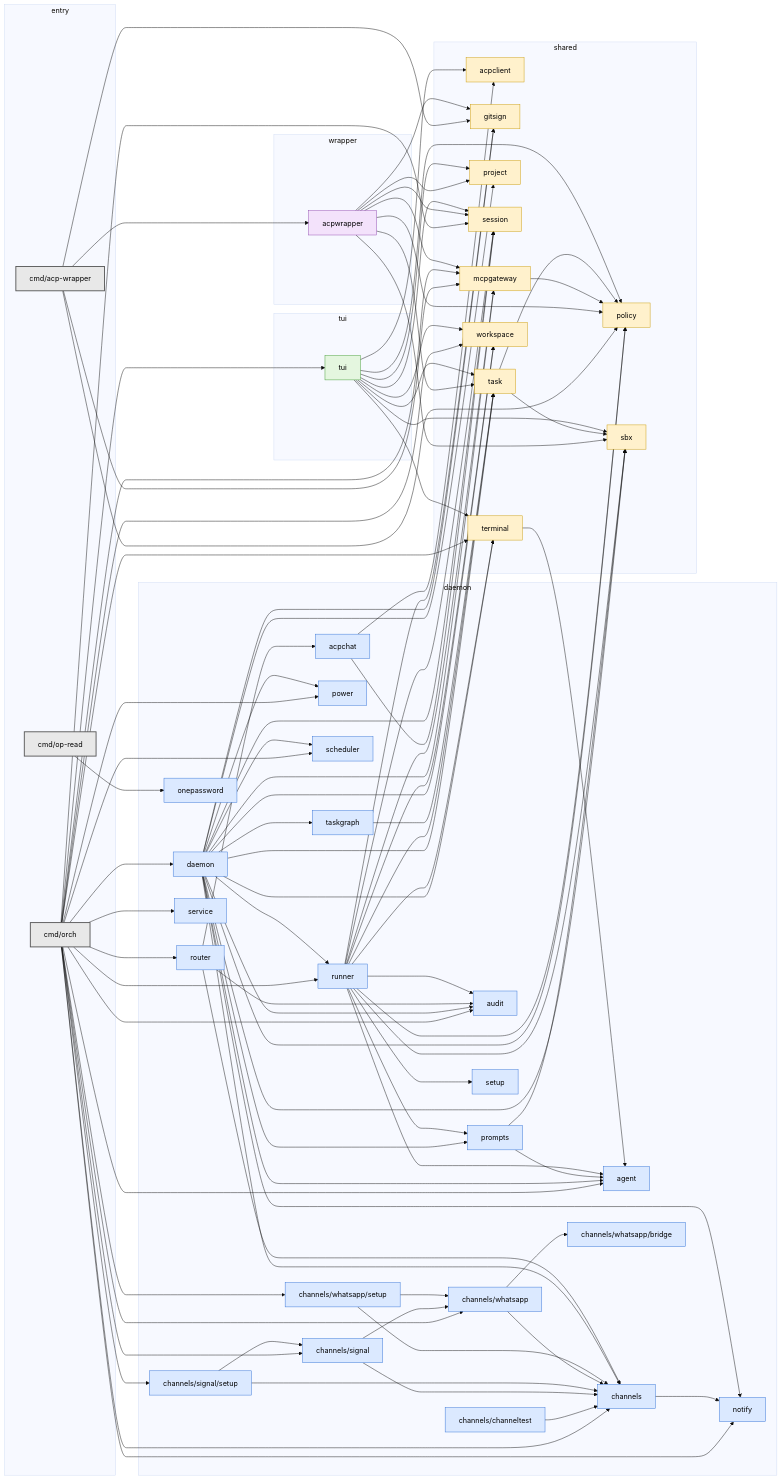
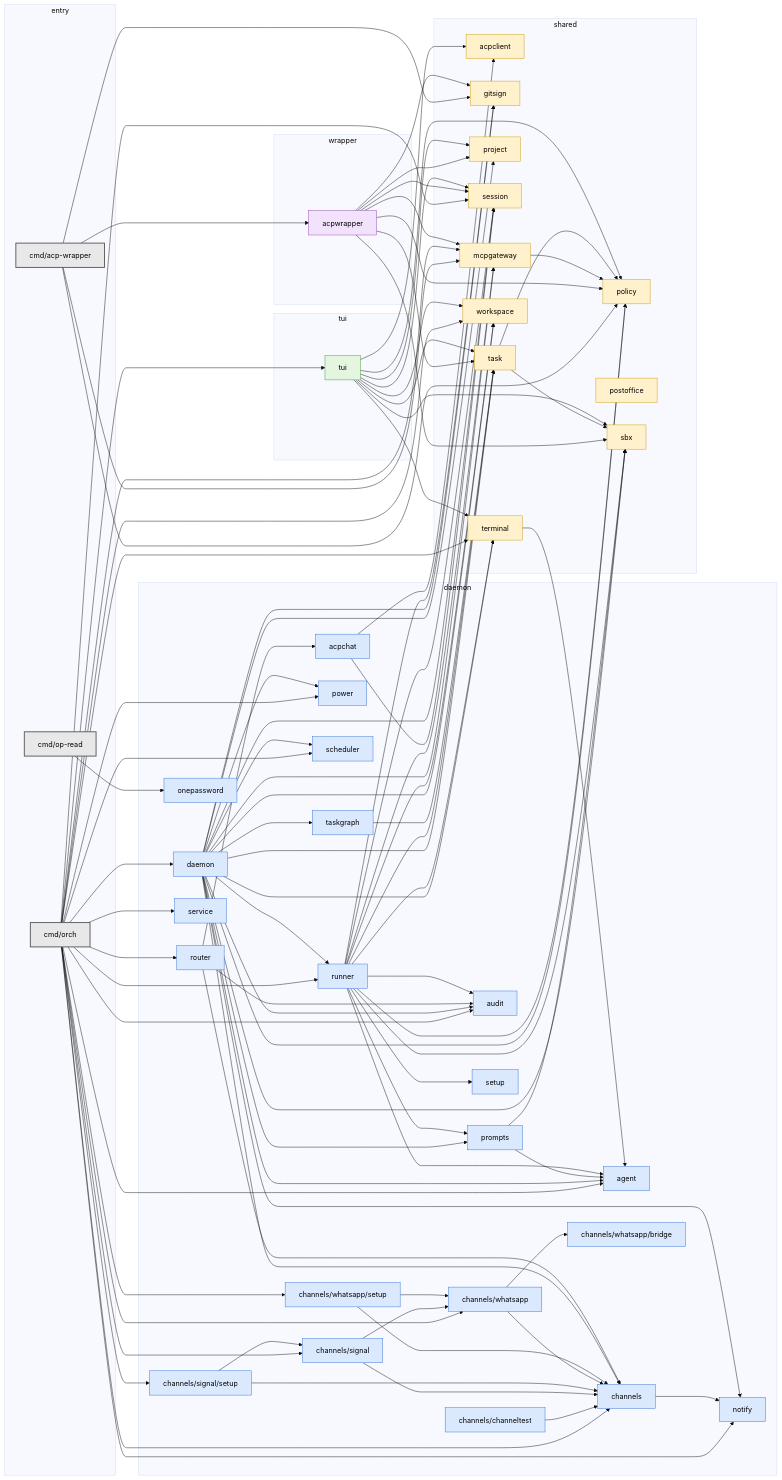
One commit to slimslenderslacks/workingman changed the diagram in docs/packages.md. Above: the diagram before and after it, drawn with Mermaid (base theme). The commit also changed other lines of this file and 6 other files, not shown here.

````diff
--- a/docs/packages.md
+++ b/docs/packages.md
@@ -93,6 +94,7 @@
     internal_gitsign["gitsign"]
     internal_mcpgateway["mcpgateway"]
     internal_policy["policy"]
+    internal_postoffice["postoffice"]
     internal_project["project"]
     internal_sbx["sbx"]
     internal_session["session"]
@@ -203,7 +205,7 @@
   classDef tui fill:#e4f6df,stroke:#3c9a2c,color:#000
   class internal_tui tui
   classDef shared fill:#fff1cc,stroke:#c99a06,color:#000
-  class internal_acpclient,internal_gitsign,internal_mcpgateway,internal_policy,internal_project,internal_sbx,internal_session,internal_task,internal_terminal,internal_workspace shared
+  class internal_acpclient,internal_gitsign,internal_mcpgateway,internal_policy,internal_postoffice,internal_project,internal_sbx,internal_session,internal_task,internal_terminal,internal_workspace shared
   classDef wrapper fill:#f3e2fb,stroke:#8e44ad,color:#000
   class internal_acpwrapper wrapper
 ```
````
